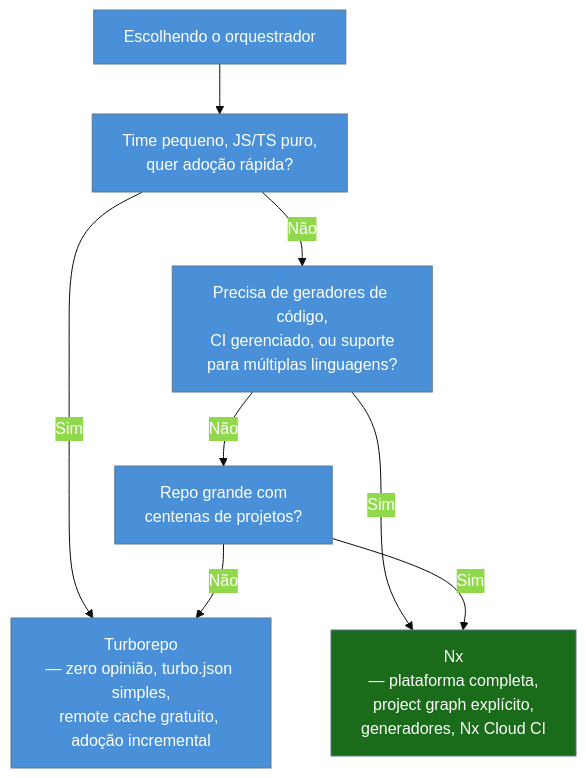
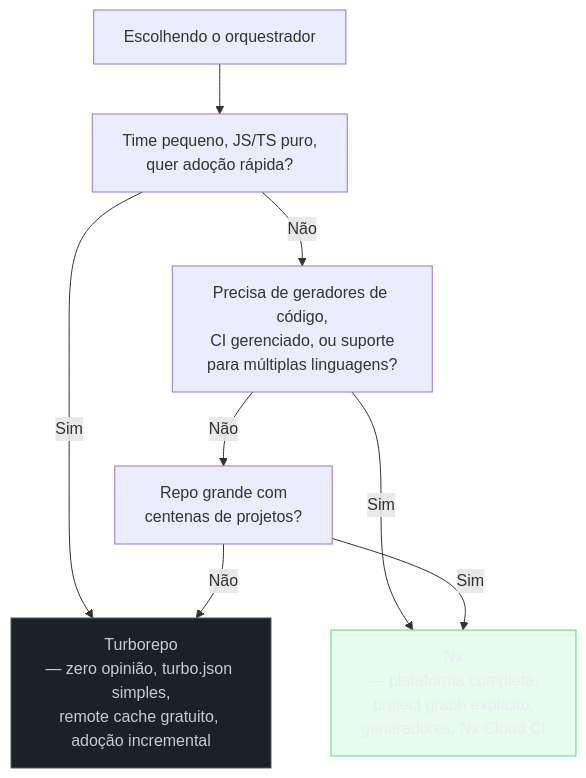
The fifth of 7 diagrams in 03-Dominios/Tecnologia/Tooling e Build/21 - Monorepos - workspaces, Turborepo, Nx e changesets.md (josenaldo/codex-technomanticus), drawn with Mermaid before and after one commit. The commit also changed other lines of this file and 1181 other files, not shown here.

First line of the commit message:
fix(diagramas): paleta do sistema no lugar de cor cravada no markdown

````diff
--- a/03-Dominios/Tecnologia/Tooling e Build/21 - Monorepos - workspaces, Turborepo, Nx e changesets.md
+++ b/03-Dominios/Tecnologia/Tooling e Build/21 - Monorepos - workspaces, Turborepo, Nx e changesets.md
@@ -623,20 +622,21 @@
 ```mermaid
-%%{init: {"theme": "base", "themeVariables": {"primaryColor": "#4A90D9", "primaryTextColor": "#fff"}}}%%
 graph TD
+    classDef neutro fill:#1B2029,stroke:#4E5666,color:#C6CCD8
+    classDef ok fill:#4ADE8021,stroke:#4ADE80,color:#E9ECF2
     START["Escolhendo o orquestrador"]
 
     START --> Q1["Time pequeno, JS/TS puro,\nquer adoção rápida?"]
     Q1 -->|"Sim"| TURBO["Turborepo\n— zero opinião, turbo.json simples,\nremote cache gratuito, adoção incremental"]
     Q1 -->|"Não"| Q2
 
     Q2["Precisa de geradores de código,\nCI gerenciado, ou suporte\npara múltiplas linguagens?"]
     Q2 -->|"Sim"| NX["Nx\n— plataforma completa,\nproject graph explícito,\ngeneradores, Nx Cloud CI"]
     Q2 -->|"Não"| Q3
 
     Q3["Repo grande com\ncentenas de projetos?"]
     Q3 -->|"Sim"| NX
     Q3 -->|"Não"| TURBO
 
-    style TURBO fill:#4A90D9,color:#fff
-    style NX fill:#1a6b1a,color:#fff
+    class TURBO neutro
+    class NX ok
 ```
````
